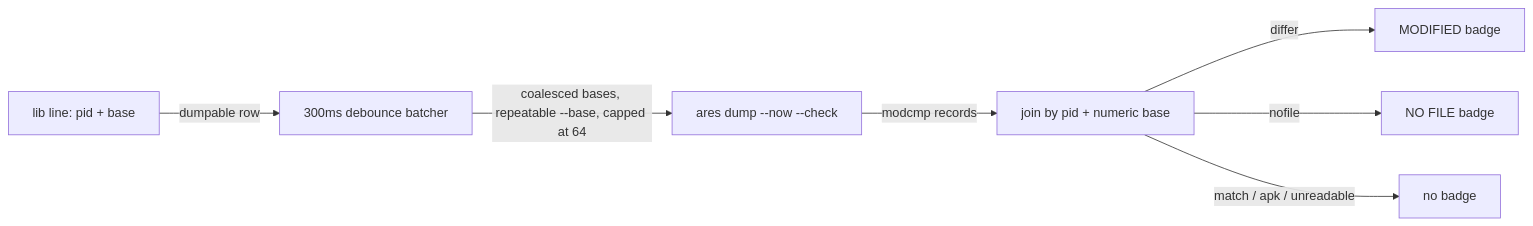
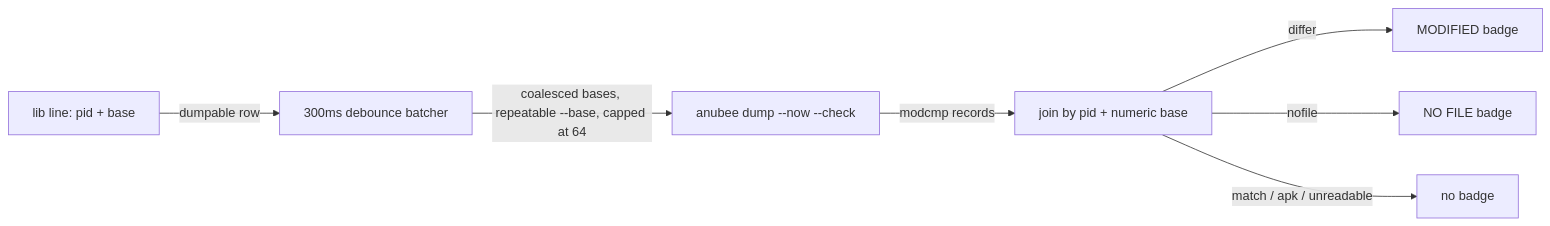
One commit to michaelaurelio/Anubee-Desktop changed the third of 4 diagrams in DOCUMENTATION.md. Above: the diagram before and after it, drawn with Mermaid. The commit also changed other lines of this file and 56 other files, not shown here.

First line of the commit message:
refactor: complete ARES -> Anubee rebrand across the repo

````diff
--- a/DOCUMENTATION.md
+++ b/DOCUMENTATION.md
@@ -709,9 +709,9 @@
 ```mermaid
 flowchart LR
   A[lib line: pid + base] -->|dumpable row| B[300ms debounce batcher]
-  B -->|coalesced bases, repeatable --base, capped at 64| C[ares dump --now --check]
+  B -->|coalesced bases, repeatable --base, capped at 64| C[anubee dump --now --check]
   C -->|modcmp records| D[join by pid + numeric base]
   D -->|differ| E[MODIFIED badge]
   D -->|nofile| F[NO FILE badge]
   D -->|match / apk / unreadable| G[no badge]
 ```
````
